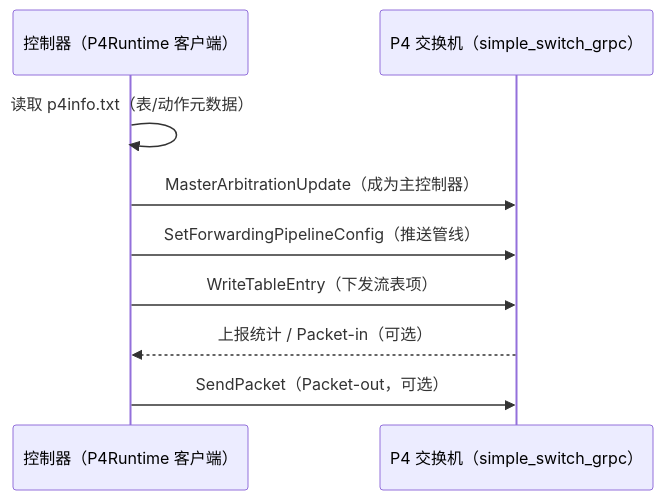
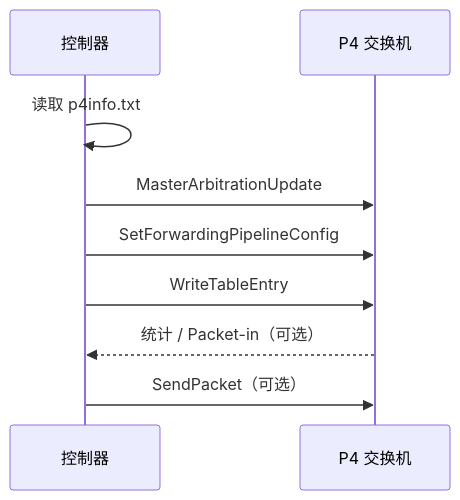
Before and after one commit to Sukkk-zcy/Sukkk-zcy.github.io: the third of 4 diagrams in src/content/blog/P4/p4-03-practice-frontier.mdx, drawn with Mermaid. The commit also changed other lines of this file and 2 other files, not shown here.

````diff
--- a/src/content/blog/P4/p4-03-practice-frontier.mdx
+++ b/src/content/blog/P4/p4-03-practice-frontier.mdx
@@ -85,11 +75,11 @@
 ```mermaid
 sequenceDiagram
-    participant C as 控制器（P4Runtime 客户端）
-    participant S as P4 交换机（simple_switch_grpc）
-    C->>C: 读取 p4info.txt（表/动作元数据）
-    C->>S: MasterArbitrationUpdate（成为主控制器）
-    C->>S: SetForwardingPipelineConfig（推送管线）
-    C->>S: WriteTableEntry（下发流表项）
-    S-->>C: 上报统计 / Packet-in（可选）
-    C->>S: SendPacket（Packet-out，可选）
+    participant C as 控制器
+    participant S as P4 交换机
+    C->>C: 读取 p4info.txt
+    C->>S: MasterArbitrationUpdate
+    C->>S: SetForwardingPipelineConfig
+    C->>S: WriteTableEntry
+    S-->>C: 统计 / Packet-in（可选）
+    C->>S: SendPacket（可选）
 ```
````
